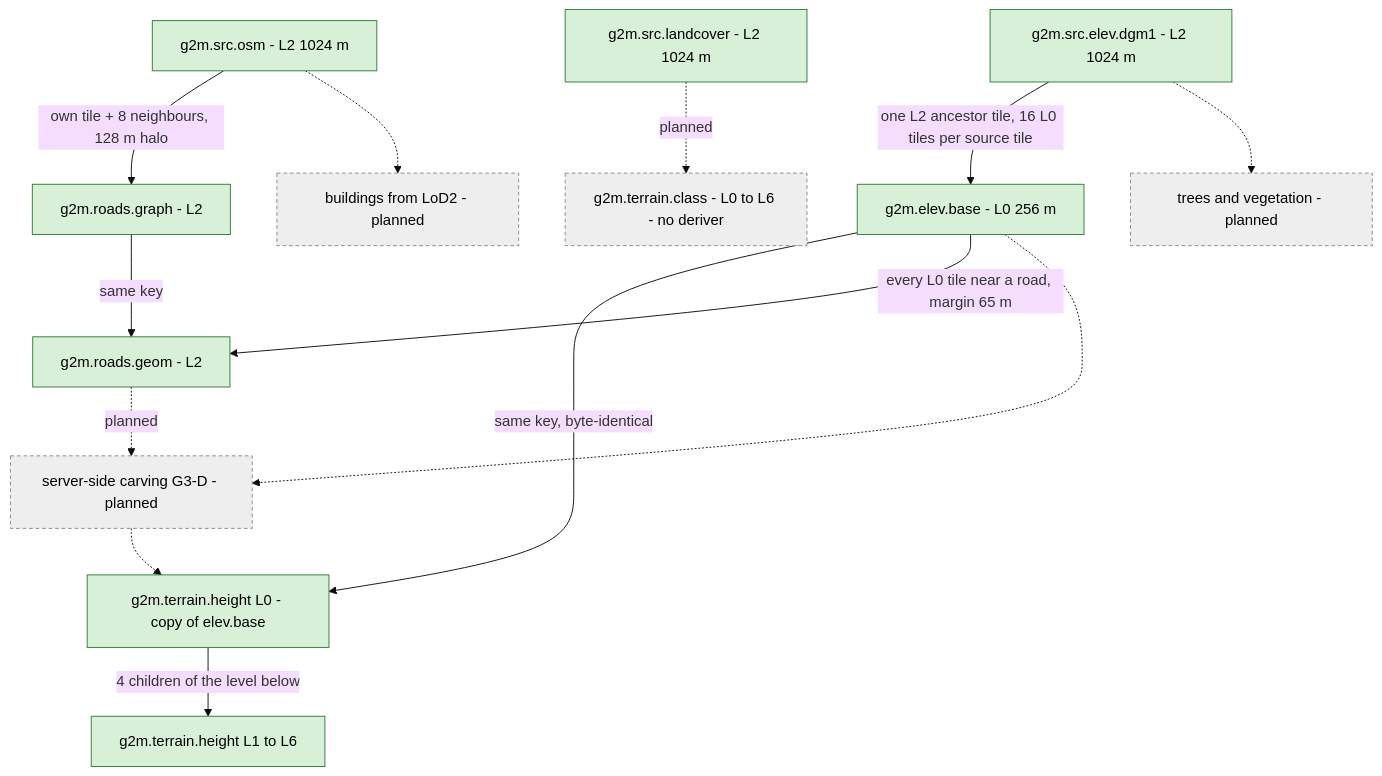
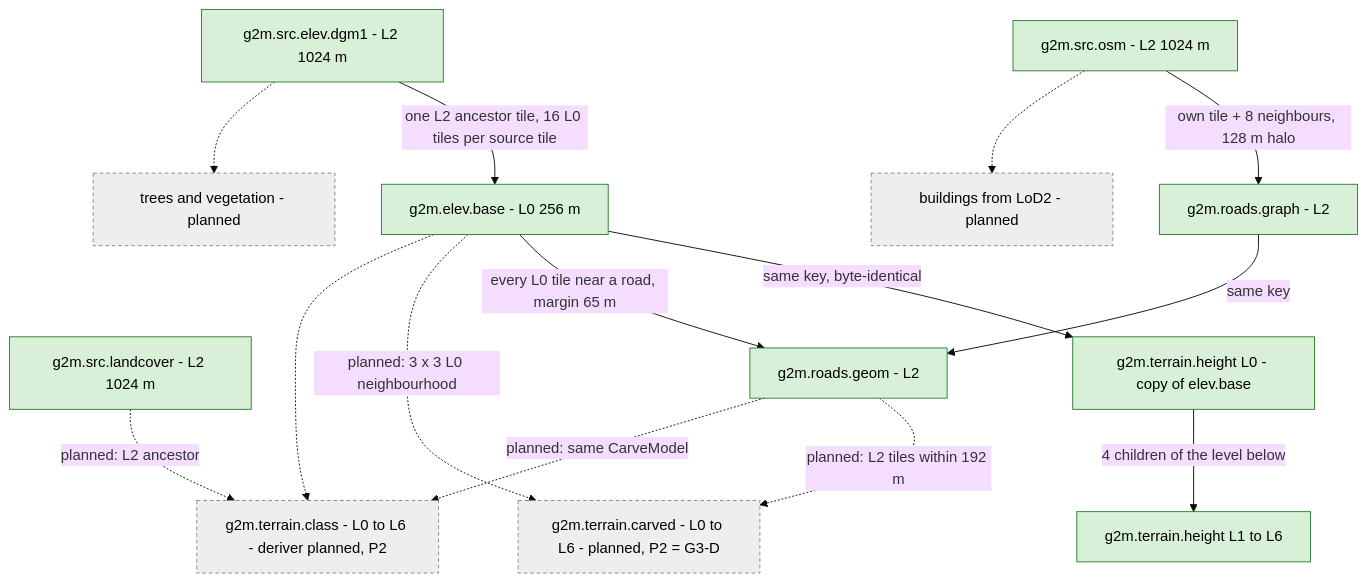
One commit to SebastianDanielFrenz/geo2map_engine changed the second of 4 diagrams in docs/pipeline/README.md. Above: the diagram before and after it, drawn with Mermaid (base theme). The commit also changed other lines of this file and 2 other files, not shown here.

Commit message:
Street fidelity P2 design: junction surfaces, carving, furniture

````diff
--- a/docs/pipeline/README.md
+++ b/docs/pipeline/README.md
@@ -146,33 +146,34 @@
 ```mermaid
 flowchart TD
   OSM["g2m.src.osm - L2 1024 m"]
   DEM["g2m.src.elev.dgm1 - L2 1024 m"]
   LC["g2m.src.landcover - L2 1024 m"]
   EB["g2m.elev.base - L0 256 m"]
   H0["g2m.terrain.height L0 - copy of elev.base"]
   H1["g2m.terrain.height L1 to L6"]
   RG["g2m.roads.graph - L2"]
   RM["g2m.roads.geom - L2"]
-  TC["g2m.terrain.class - L0 to L6 - no deriver"]
-  CARVE["server-side carving G3-D - planned"]
+  TC["g2m.terrain.class - L0 to L6 - deriver planned, P2"]
+  CARVE["g2m.terrain.carved - L0 to L6 - planned, P2 = G3-D"]
   BLD["buildings from LoD2 - planned"]
   TRE["trees and vegetation - planned"]
 
   DEM -->|"one L2 ancestor tile, 16 L0 tiles per source tile"| EB
   EB -->|"same key, byte-identical"| H0
   H0 -->|"4 children of the level below"| H1
   OSM -->|"own tile + 8 neighbours, 128 m halo"| RG
   RG -->|"same key"| RM
   EB -->|"every L0 tile near a road, margin 65 m"| RM
-  LC -.->|"planned"| TC
-  RM -.->|"planned"| CARVE
-  EB -.-> CARVE
-  CARVE -.-> H0
+  LC -.->|"planned: L2 ancestor"| TC
+  RM -.->|"planned: L2 tiles within 192 m"| CARVE
+  EB -.->|"planned: 3 x 3 L0 neighbourhood"| CARVE
+  RM -.->|"planned: same CarveModel"| TC
+  EB -.-> TC
   OSM -.-> BLD
   DEM -.-> TRE
 
   classDef done fill:#d8f0d8,stroke:#2e7d32,color:#000;
   classDef plan fill:#eeeeee,stroke:#888888,stroke-dasharray:4 3,color:#000;
   class OSM,DEM,LC,EB,H0,H1,RG,RM done;
   class TC,CARVE,BLD,TRE plan;
 ```
````
